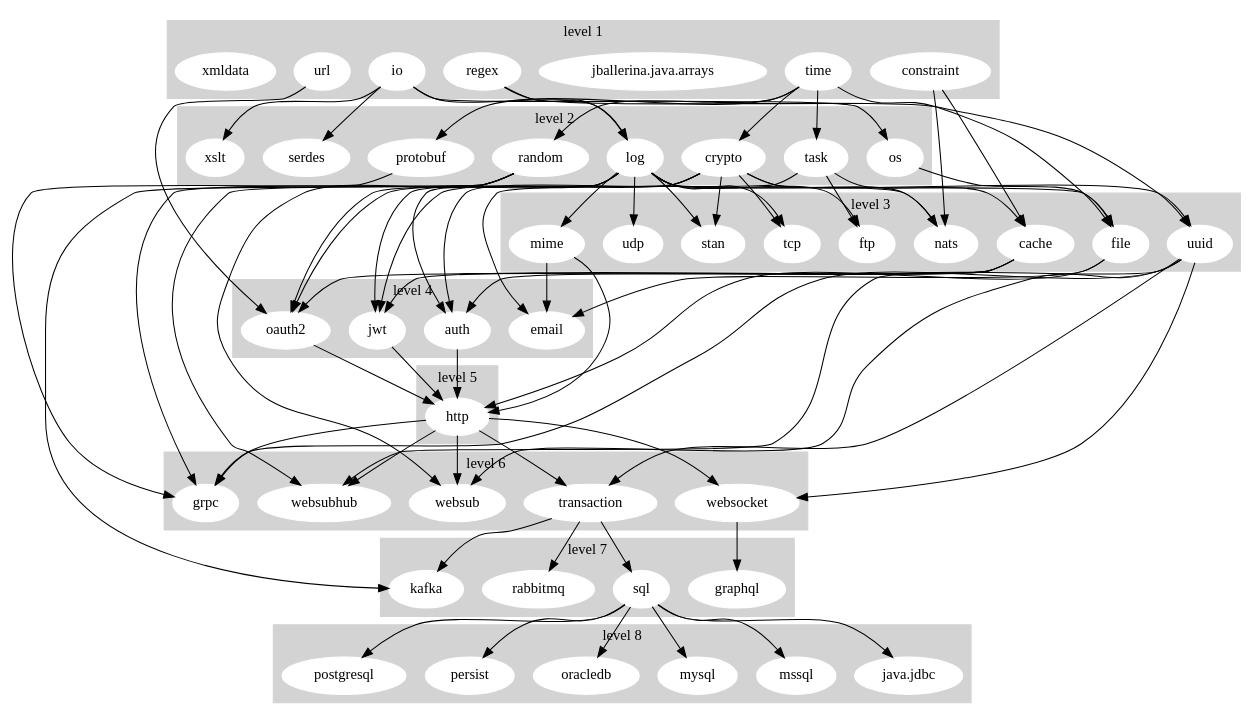
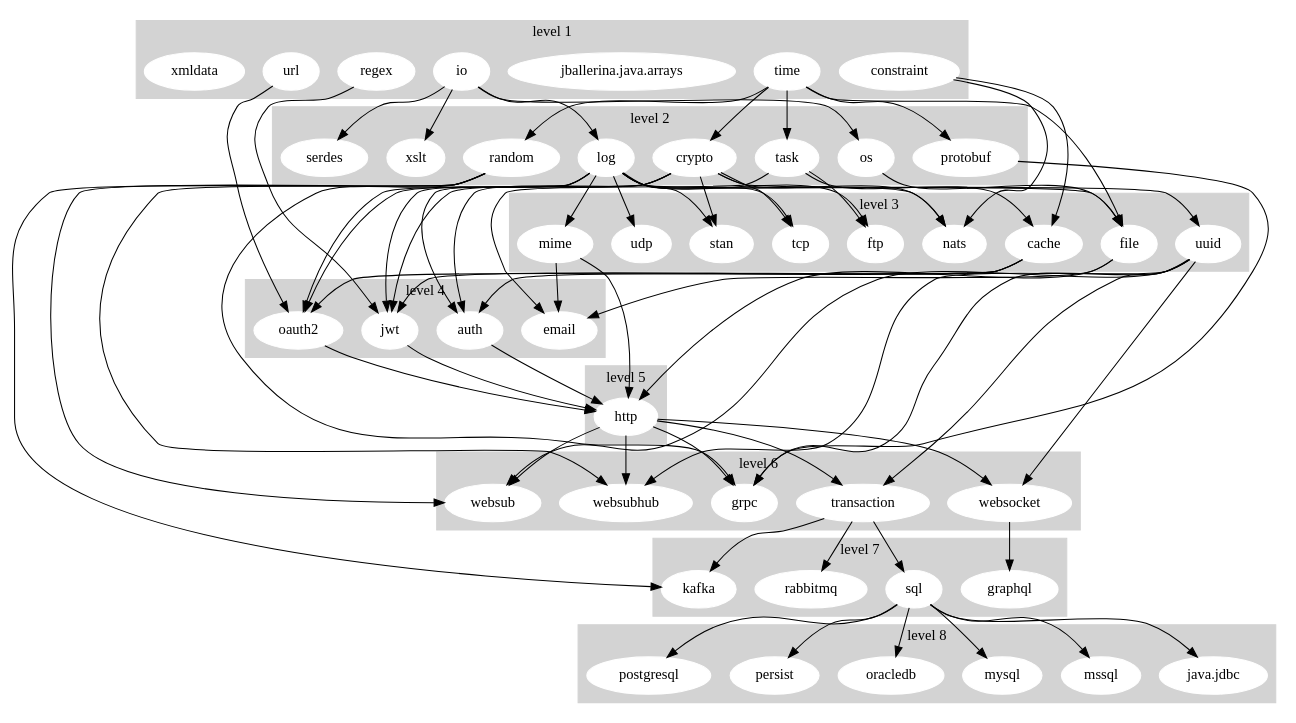
The diagram in dashboard/stdlib_graph.gv (ballerina-platform/ballerina-release), drawn with Graphviz before and after one commit.

Commit message:
[Automated] Update Stdlib Dependency Graph

```diff
--- a/dashboard/stdlib_graph.gv
+++ b/dashboard/stdlib_graph.gv
@@ -1,156 +1,155 @@
 digraph "Stdlib Dependency Graph" {
 	subgraph cluster_1 {
 		node [color=white style=filled]
 		color=lightgrey style=filled
 		constraint
 		io
 		"jballerina.java.arrays"
 		regex
 		time
 		url
 		xmldata
 		label="level 1"
 	}
 	subgraph cluster_2 {
 		node [color=white style=filled]
 		color=lightgrey style=filled
 		crypto
 		log
 		os
 		protobuf
 		random
 		serdes
 		task
 		xslt
 		label="level 2"
 	}
 	subgraph cluster_3 {
 		node [color=white style=filled]
 		color=lightgrey style=filled
 		cache
 		file
 		ftp
 		mime
 		nats
 		stan
 		tcp
 		udp
 		uuid
 		label="level 3"
 	}
 	subgraph cluster_4 {
 		node [color=white style=filled]
 		color=lightgrey style=filled
 		auth
 		email
 		jwt
 		oauth2
 		label="level 4"
 	}
 	subgraph cluster_5 {
 		node [color=white style=filled]
 		color=lightgrey style=filled
 		http
 		label="level 5"
 	}
 	subgraph cluster_6 {
 		node [color=white style=filled]
 		color=lightgrey style=filled
 		grpc
 		transaction
 		websocket
 		websub
 		websubhub
 		label="level 6"
 	}
 	subgraph cluster_7 {
 		node [color=white style=filled]
 		color=lightgrey style=filled
 		graphql
 		kafka
 		rabbitmq
 		sql
 		label="level 7"
 	}
 	subgraph cluster_8 {
 		node [color=white style=filled]
 		color=lightgrey style=filled
 		"java.jdbc"
 		mssql
 		mysql
 		oracledb
 		persist
 		postgresql
 		label="level 8"
 	}
 	constraint -> cache
 	constraint -> nats
 	io -> log
 	io -> os
 	io -> serdes
 	io -> xslt
-	regex -> log
-	regex -> uuid
+	regex -> jwt
 	time -> crypto
 	time -> file
 	time -> protobuf
 	time -> random
 	time -> task
 	url -> oauth2
 	crypto -> auth
 	crypto -> jwt
 	crypto -> nats
 	crypto -> oauth2
 	crypto -> stan
 	crypto -> tcp
 	crypto -> uuid
 	log -> auth
 	log -> file
 	log -> ftp
 	log -> jwt
 	log -> mime
 	log -> nats
 	log -> oauth2
 	log -> stan
 	log -> tcp
 	log -> udp
 	os -> file
 	protobuf -> grpc
 	random -> grpc
 	random -> kafka
 	random -> websub
 	random -> websubhub
 	task -> cache
 	task -> email
 	task -> ftp
 	cache -> auth
 	cache -> jwt
 	cache -> oauth2
 	file -> email
 	file -> http
 	mime -> email
 	mime -> http
 	uuid -> grpc
 	uuid -> transaction
 	uuid -> websocket
 	uuid -> websub
 	uuid -> websubhub
 	auth -> http
 	jwt -> http
 	oauth2 -> http
 	http -> grpc
 	http -> transaction
 	http -> websocket
 	http -> websub
 	http -> websubhub
 	transaction -> kafka
 	transaction -> rabbitmq
 	transaction -> sql
 	websocket -> graphql
 	sql -> "java.jdbc"
 	sql -> mssql
 	sql -> mysql
 	sql -> oracledb
 	sql -> persist
 	sql -> postgresql
 }
```
